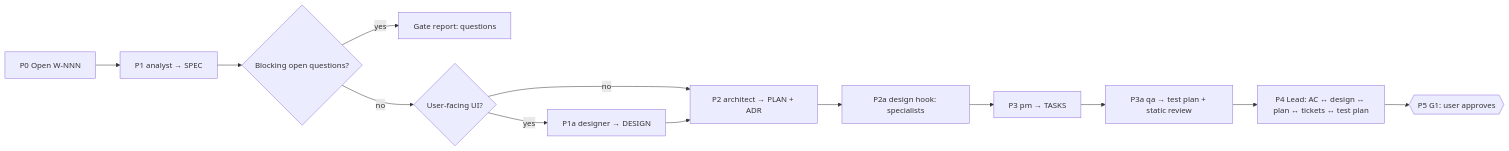
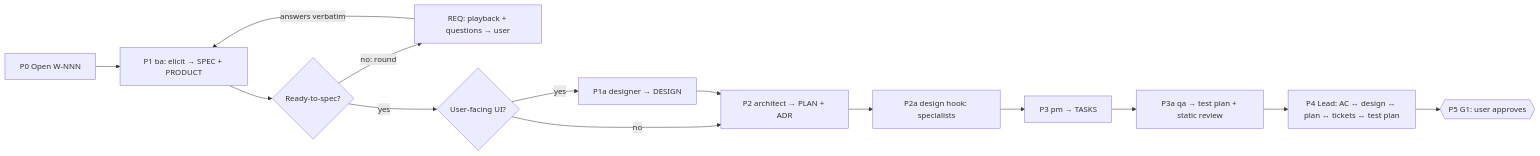
One commit to Tuan-Quyen/technical-teams changed the second of 4 diagrams in commands/feature.md. Above: the diagram before and after it, drawn with Mermaid. The commit also changed other lines of this file and 34 other files, not shown here.

````diff
--- a/commands/feature.md
+++ b/commands/feature.md
@@ -59,15 +60,16 @@
 ```mermaid
 flowchart LR
-  S0[P0 Open W-NNN] --> S1[P1 analyst → SPEC]
-  S1 --> Q{Blocking open questions?}
-  Q -- yes --> GQ[Gate report: questions]
-  Q -- no --> UI{User-facing UI?}
+  S0[P0 Open W-NNN] --> S1[P1 ba: elicit → SPEC + PRODUCT]
+  S1 --> Q{Ready-to-spec?}
+  Q -- no: round --> GQ[REQ: playback + questions → user]
+  GQ -- answers verbatim --> S1
+  Q -- yes --> UI{User-facing UI?}
   UI -- yes --> S1a[P1a designer → DESIGN]
   UI -- no --> S2
   S1a --> S2[P2 architect → PLAN + ADR]
   S2 --> H[P2a design hook: specialists]
   H --> S3[P3 pm → TASKS]
   S3 --> S3a[P3a qa → test plan + static review]
   S3a --> S4[P4 Lead: AC ↔ design ↔ plan ↔ tickets ↔ test plan]
   S4 --> G1{{P5 G1: user approves}}
 ```
````
